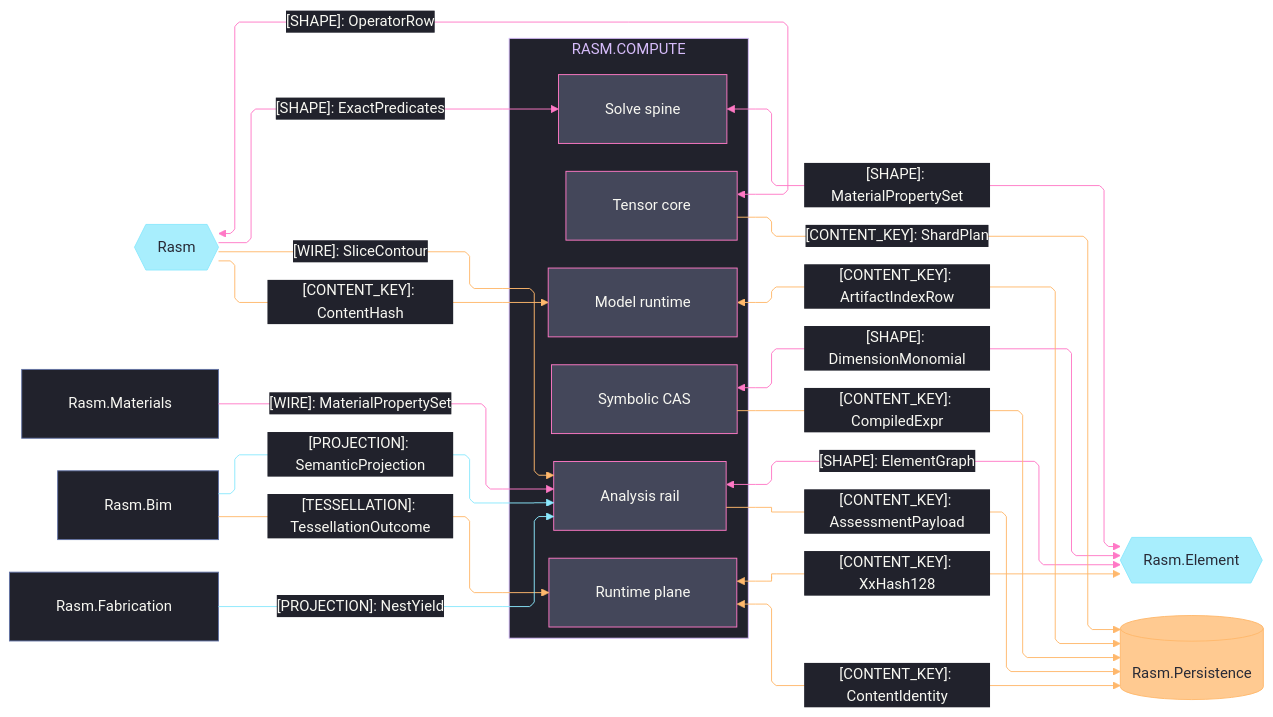
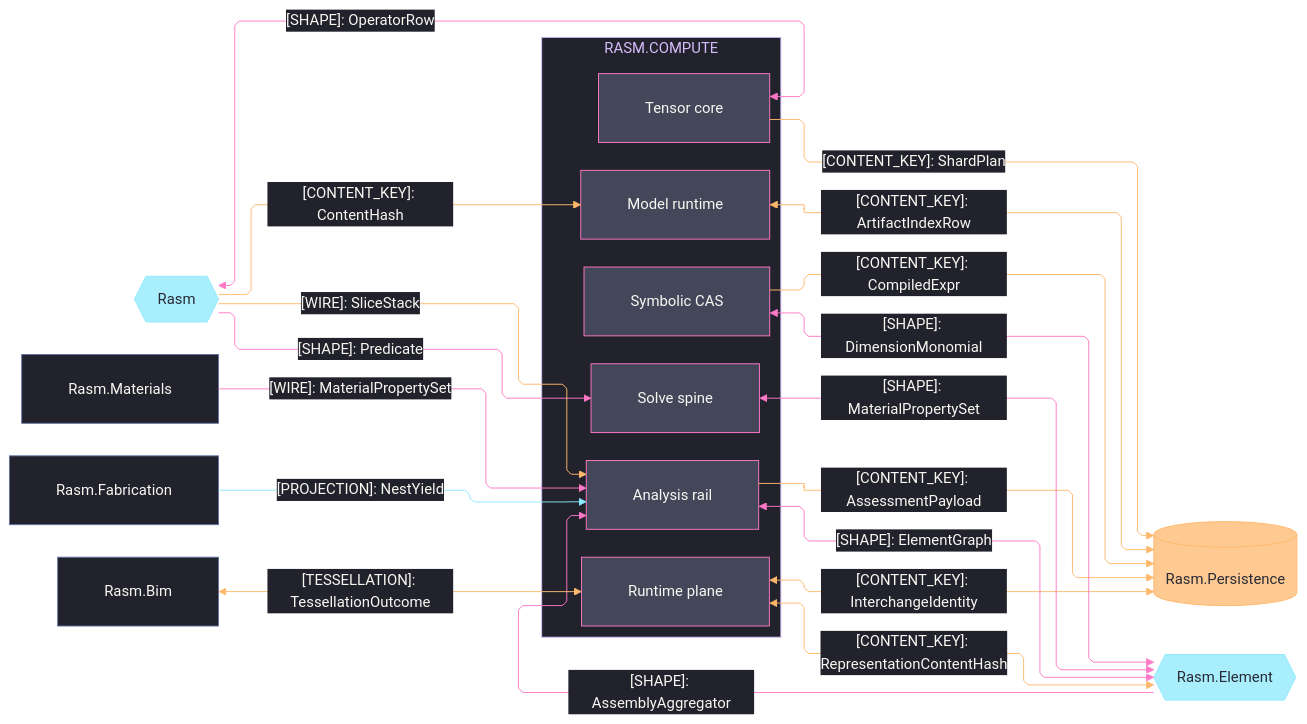
Before and after one commit to bsamiee/Rasm: the second of 4 diagrams in libs/csharp/Rasm.Compute/ARCHITECTURE.md, drawn with Mermaid. The commit also changed other lines of this file and 24 other files, not shown here.

Commit message:
architecture: seam registries + codemaps aligned across the estate (worker fabric edges, scene rows, csharp/ts seam mirrors)

````diff
--- a/libs/csharp/Rasm.Compute/ARCHITECTURE.md
+++ b/libs/csharp/Rasm.Compute/ARCHITECTURE.md
@@ -68,76 +151,76 @@
 ```mermaid
 ---
 config:
   theme: base
   look: classic
   layout: elk
   flowchart:
     curve: linear
     padding: 25
   themeVariables:
     darkMode: true
     fontFamily: "SF Mono, Menlo, Cascadia Mono, Segoe UI Mono, Consolas, monospace"
     useGradient: false
     dropShadow: "none"
     background: "#282A36"
     primaryColor: "#44475A"
     primaryTextColor: "#F8F8F2"
     primaryBorderColor: "#BD93F9"
     lineColor: "#FF79C6"
     textColor: "#F8F8F2"
     clusterBkg: "#21222C"
     clusterBorder: "#D6BCFA"
     edgeLabelBackground: "#21222C"
     labelBackgroundColor: "#21222C"
     titleColor: "#D6BCFA"
   themeCSS: ".nodeLabel{font-size:13px;font-weight:500}.edgeLabel{font-size:12px;font-weight:500}.cluster-label .nodeLabel{font-size:13.5px;font-weight:700;letter-spacing:.08em}.edge-thickness-normal{stroke-width:2px}.edge-thickness-thick{stroke-width:3px}.edge-pattern-dashed,.edge-pattern-dotted{stroke-width:1.5px;stroke-dasharray:4 6}.node rect,.node circle,.node polygon,.node path,.node .outer-path{stroke-width:1.5px;filter:none!important}.cluster rect{stroke-width:1px!important;stroke-dasharray:5 4!important;filter:none!important}.marker path{transform:scale(.8);transform-origin:5px 5px}.marker circle{transform:scale(.48);transform-origin:5px 5px}.edgeLabel rect{transform-box:fill-box;transform-origin:center;transform:scale(1.1,1.2)}"
 ---
 flowchart LR
     accTitle: Compute AEC-domain and storage seams
     accDescr: Compute sub-domain owners exchanging content keys, neutral shapes, projections, and tessellation with the kernel, the Element/Materials/Bim/Fabrication AEC peers, and the persistence store, edge rails colored by kind and nodes classed by seam direction.
     subgraph compute[RASM.COMPUTE]
-        Runtime[Runtime plane]
-        Analysis[Analysis rail]
-        Symbolic[Symbolic CAS]
         Model[Model runtime]
         Tensor[Tensor core]
         Solver[Solve spine]
+        Symbolic[Symbolic CAS]
+        Analysis[Analysis rail]
+        Runtime[Runtime plane]
     end
     Rasm{{Rasm}}
+    Persistence[(Rasm.Persistence)]
     Element{{Rasm.Element}}
     Materials[Rasm.Materials]
+    Fabrication[Rasm.Fabrication]
     Bim[Rasm.Bim]
-    Fabrication[Rasm.Fabrication]
-    Persistence[(Rasm.Persistence)]
     Rasm e1@-->|"[CONTENT_KEY]: ContentHash"| Model
-    Rasm e2@-->|"[SHAPE]: ExactPredicates"| Solver
+    Rasm e2@-->|"[SHAPE]: Predicate"| Solver
     Tensor e3@<-->|"[SHAPE]: OperatorRow"| Rasm
-    Rasm e4@-->|"[WIRE]: SliceContour"| Analysis
-    Analysis e5@<-->|"[SHAPE]: ElementGraph"| Element
-    Runtime e6@<-->|"[CONTENT_KEY]: XxHash128"| Element
-    Symbolic e7@<-->|"[SHAPE]: DimensionMonomial"| Element
-    Solver e8@<-->|"[SHAPE]: MaterialPropertySet"| Element
-    Materials e9@-->|"[WIRE]: MaterialPropertySet"| Analysis
-    Bim e10@-->|"[PROJECTION]: SemanticProjection"| Analysis
-    Bim e11@-->|"[TESSELLATION]: TessellationOutcome"| Runtime
-    Fabrication e12@-->|"[PROJECTION]: NestYield"| Analysis
-    Analysis e13@-->|"[CONTENT_KEY]: AssessmentPayload"| Persistence
-    Symbolic e14@-->|"[CONTENT_KEY]: CompiledExpr"| Persistence
+    Rasm e4@-->|"[WIRE]: SliceStack"| Analysis
     Model e15@<-->|"[CONTENT_KEY]: ArtifactIndexRow"| Persistence
     Tensor e16@-->|"[CONTENT_KEY]: ShardPlan"| Persistence
-    Runtime e17@<-->|"[CONTENT_KEY]: ContentIdentity"| Persistence
+    Symbolic e14@-->|"[CONTENT_KEY]: CompiledExpr"| Persistence
+    Analysis e13@-->|"[CONTENT_KEY]: AssessmentPayload"| Persistence
+    Runtime e17@<-->|"[CONTENT_KEY]: InterchangeIdentity"| Persistence
+    Solver e8@<-->|"[SHAPE]: MaterialPropertySet"| Element
+    Symbolic e7@<-->|"[SHAPE]: DimensionMonomial"| Element
+    Analysis e5@<-->|"[SHAPE]: ElementGraph"| Element
+    Runtime e6@<-->|"[CONTENT_KEY]: RepresentationContentHash"| Element
+    Element e10@-->|"[SHAPE]: AssemblyAggregator"| Analysis
+    Materials e9@-->|"[WIRE]: MaterialPropertySet"| Analysis
+    Fabrication e12@-->|"[PROJECTION]: NestYield"| Analysis
+    Bim e11@<-->|"[TESSELLATION]: TessellationOutcome"| Runtime
     classDef primary fill:#44475A,stroke:#FF79C6,color:#F8F8F2
     classDef external fill:#8BE9FDBF,stroke:#8BE9FD,color:#282A36
     classDef data fill:#FFB86CBF,stroke:#FFB86C,color:#282A36
     classDef annotation fill:#21222C,stroke:#6272A4,color:#F8F8F2
     classDef edgeData stroke:#FFB86C,color:#F8F8F2
     classDef edgeExternal stroke:#8BE9FD,color:#F8F8F2
     classDef edgeControl stroke:#FF79C6,color:#F8F8F2
     class Runtime,Analysis,Symbolic,Model,Tensor,Solver primary
     class Rasm,Element external
     class Materials,Bim,Fabrication annotation
     class Persistence data
     class e1,e4,e6,e11,e13,e14,e15,e16,e17 edgeData
-    class e10,e12 edgeExternal
-    class e2,e3,e5,e7,e8,e9 edgeControl
+    class e12 edgeExternal
+    class e2,e3,e5,e7,e8,e9,e10 edgeControl
 ```
````
